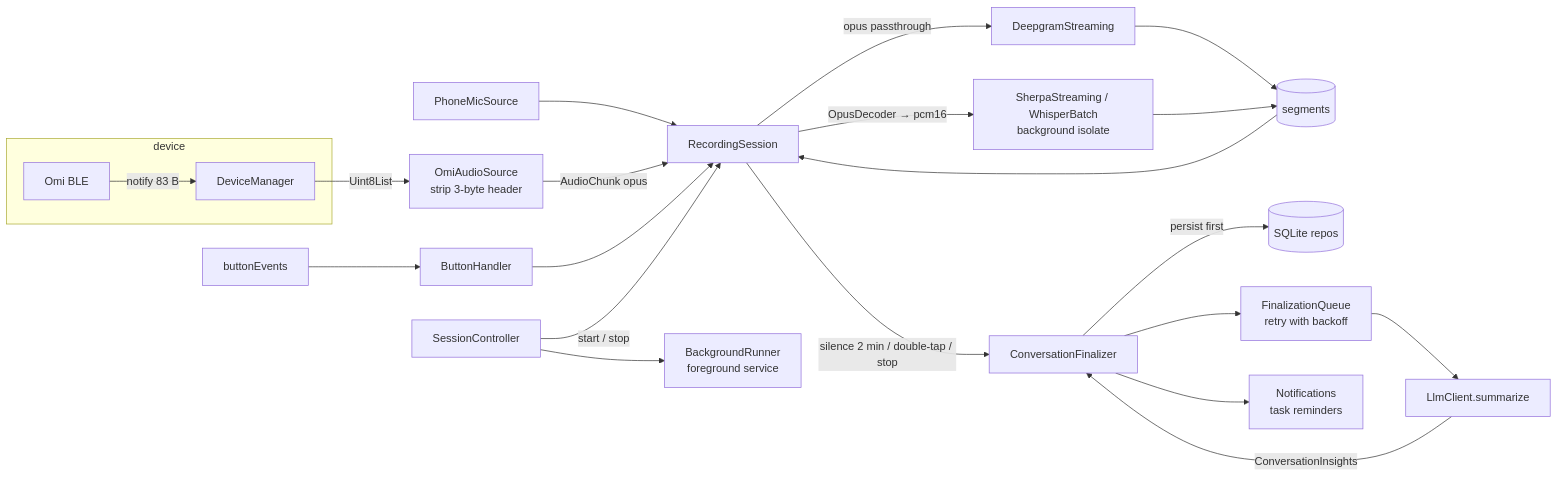
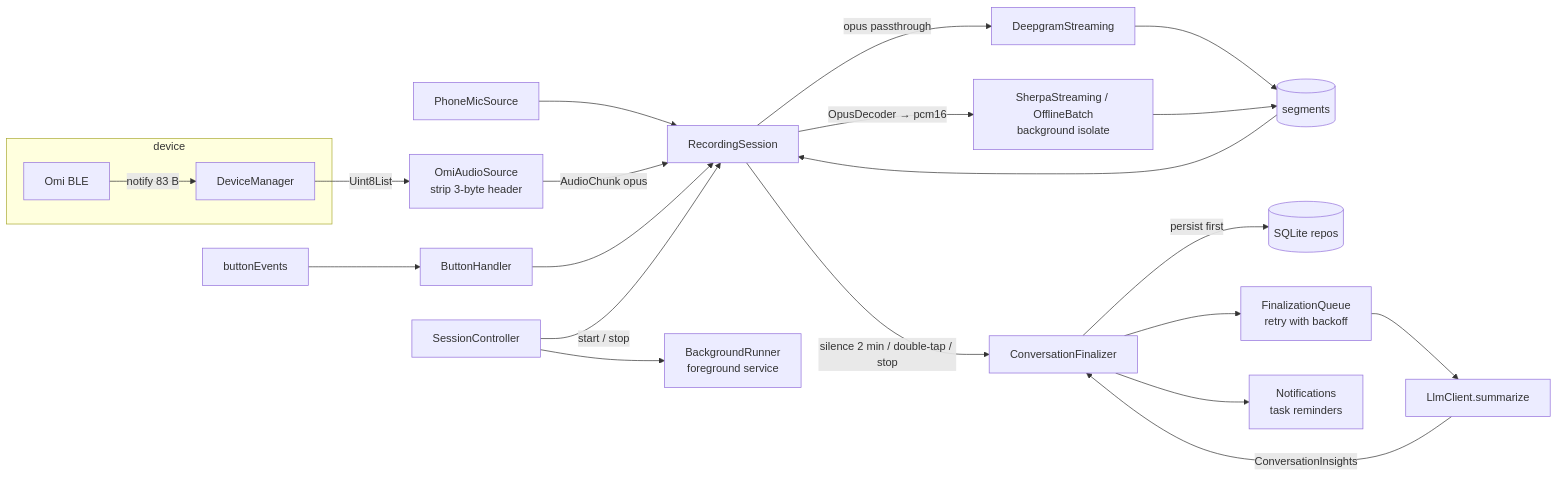
One commit to johnpark-bin/LibreOmi changed the diagram in docs/03-architecture.md. Above: the diagram before and after it, drawn with Mermaid. The commit also changed 3 other files, not shown here.

````diff
--- a/docs/03-architecture.md
+++ b/docs/03-architecture.md
@@ -286,23 +286,23 @@
 ```mermaid
 flowchart LR
   subgraph device
     OMI[Omi BLE] -->|notify 83 B| DM[DeviceManager]
   end
   DM -->|Uint8List| OAS[OmiAudioSource\nstrip 3-byte header]
   MIC[PhoneMicSource] --> RS
   OAS -->|AudioChunk opus| RS[RecordingSession]
   RS -->|opus passthrough| DG[DeepgramStreaming]
-  RS -->|OpusDecoder → pcm16| SH[SherpaStreaming / WhisperBatch\nbackground isolate]
+  RS -->|OpusDecoder → pcm16| SH[SherpaStreaming / OfflineBatch\nbackground isolate]
   DG --> SEG[(segments)]
   SH --> SEG
   SEG --> RS
   RS -->|silence 2 min / double-tap / stop| FIN[ConversationFinalizer]
   FIN -->|persist first| REPO[(SQLite repos)]
   FIN --> Q[FinalizationQueue\nretry with backoff]
   Q --> LLM[LlmClient.summarize]
   LLM -->|ConversationInsights| FIN
   FIN --> NOTIF[Notifications\ntask reminders]
   BTN[buttonEvents] --> BH[ButtonHandler] --> RS
   SC[SessionController] -->|start / stop| RS
   SC --> BG[BackgroundRunner\nforeground service]
 ```
````
